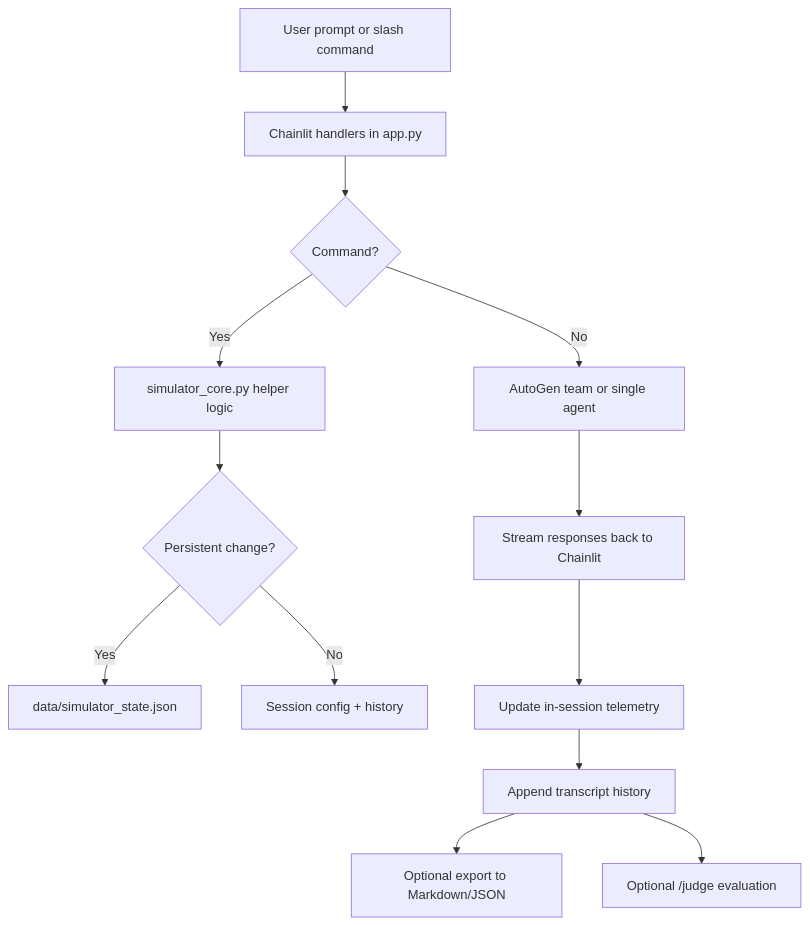
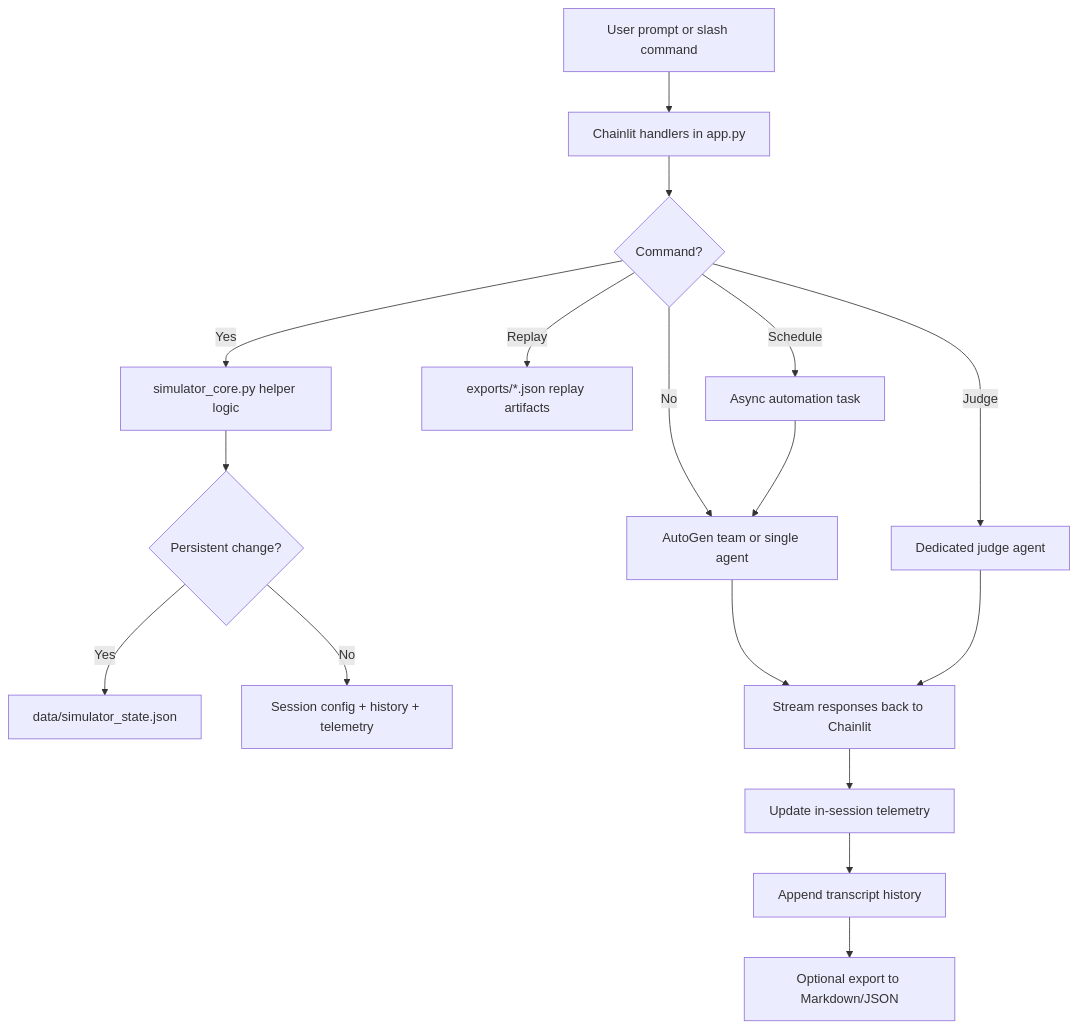
One commit to robertpelloni/agentirc changed the diagram in docs/ai/design/simulator-operations.md. Above: the diagram before and after it, drawn with Mermaid. The commit also changed other lines of this file and 10 other files, not shown here.

````diff
--- a/docs/ai/design/simulator-operations.md
+++ b/docs/ai/design/simulator-operations.md
@@ -42,15 +43,19 @@
 ```mermaid
 flowchart TD
     User[User prompt or slash command] --> CL[Chainlit handlers in app.py]
     CL --> Cmd{Command?}
     Cmd -- Yes --> Core[simulator_core.py helper logic]
     Core --> Persist{Persistent change?}
     Persist -- Yes --> State[data/simulator_state.json]
-    Persist -- No --> Session[Session config + history]
+    Persist -- No --> Session[Session config + history + telemetry]
+    Cmd -- Replay --> Exports[exports/*.json replay artifacts]
+    Cmd -- Schedule --> Task[Async automation task]
+    Cmd -- Judge --> Judge[Dedicated judge agent]
     Cmd -- No --> Team[AutoGen team or single agent]
+    Task --> Team
     Team --> Stream[Stream responses back to Chainlit]
+    Judge --> Stream
     Stream --> Telemetry[Update in-session telemetry]
     Telemetry --> History[Append transcript history]
     History --> Export[Optional export to Markdown/JSON]
-    History --> Judge[Optional /judge evaluation]
 ```
````
